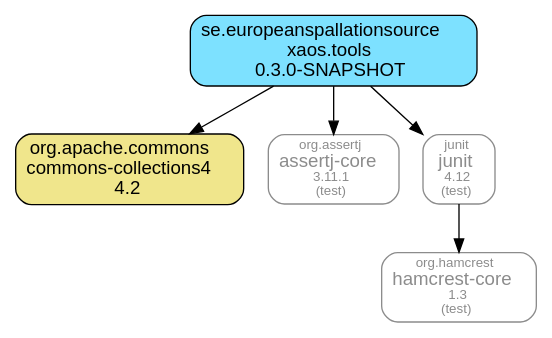
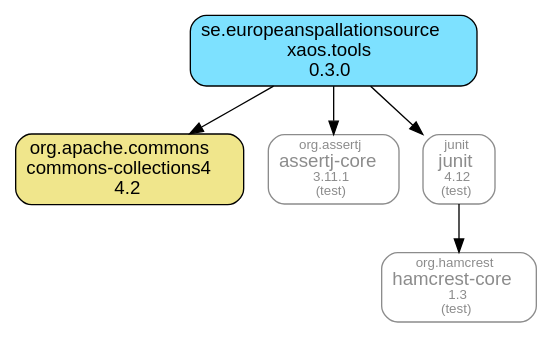
The diagram in xaos.tools.module/doc/maven-dependencies.dot (ESSICS/XAOS), drawn with Graphviz before and after one commit. The commit also changed 15 other files, not shown here.

```diff
--- a/xaos.tools.module/doc/maven-dependencies.dot
+++ b/xaos.tools.module/doc/maven-dependencies.dot
@@ -1,17 +1,17 @@
 digraph "xaos.tools" {
   node [shape="box",style="rounded",fontname="Helvetica",fontsize="14"]
   edge [fontsize="10",fontname="Helvetica"]
 
   // Node Definitions:
-  "se.europeanspallationsource:xaos.tools:jar"[shape="box",style="rounded, filled",fillcolor="#7DE1FF",label=<se.europeanspallationsource<br/>xaos.tools<br/>0.3.0-SNAPSHOT>]
+  "se.europeanspallationsource:xaos.tools:jar"[shape="box",style="rounded, filled",fillcolor="#7DE1FF",label=<se.europeanspallationsource<br/>xaos.tools<br/>0.3.0>]
   "org.apache.commons:commons-collections4:jar"[shape="box",style="rounded, filled",fillcolor="khaki",label=<org.apache.commons<br/>commons-collections4<br/>4.2>]
   "org.assertj:assertj-core:jar"[shape="box",style="rounded",color="grey55",fontname="Helvetica",fontsize="14",fontcolor="grey55",label=<<font color="grey55" point-size="10">org.assertj</font><br/>assertj-core<font color="grey55" point-size="10"><br/>3.11.1</font><font color="grey55" point-size="10"><br/>(test)</font>>]
   "junit:junit:jar"[shape="box",style="rounded",color="grey55",fontname="Helvetica",fontsize="14",fontcolor="grey55",label=<<font color="grey55" point-size="10">junit</font><br/>junit<font color="grey55" point-size="10"><br/>4.12</font><font color="grey55" point-size="10"><br/>(test)</font>>]
   "org.hamcrest:hamcrest-core:jar"[shape="box",style="rounded",color="grey55",fontname="Helvetica",fontsize="14",fontcolor="grey55",label=<<font color="grey55" point-size="10">org.hamcrest</font><br/>hamcrest-core<font color="grey55" point-size="10"><br/>1.3</font><font color="grey55" point-size="10"><br/>(test)</font>>]
 
   // Edge Definitions:
   "se.europeanspallationsource:xaos.tools:jar" -> "org.apache.commons:commons-collections4:jar"
   "se.europeanspallationsource:xaos.tools:jar" -> "org.assertj:assertj-core:jar"
   "junit:junit:jar" -> "org.hamcrest:hamcrest-core:jar"
   "se.europeanspallationsource:xaos.tools:jar" -> "junit:junit:jar"
 }
```
